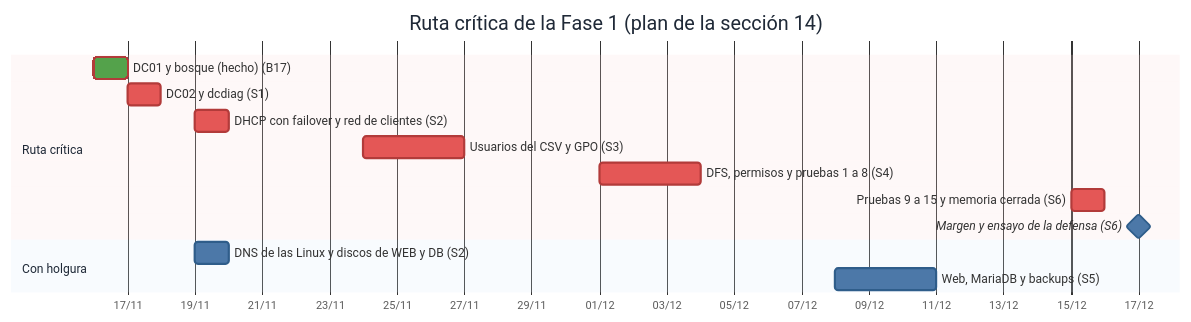
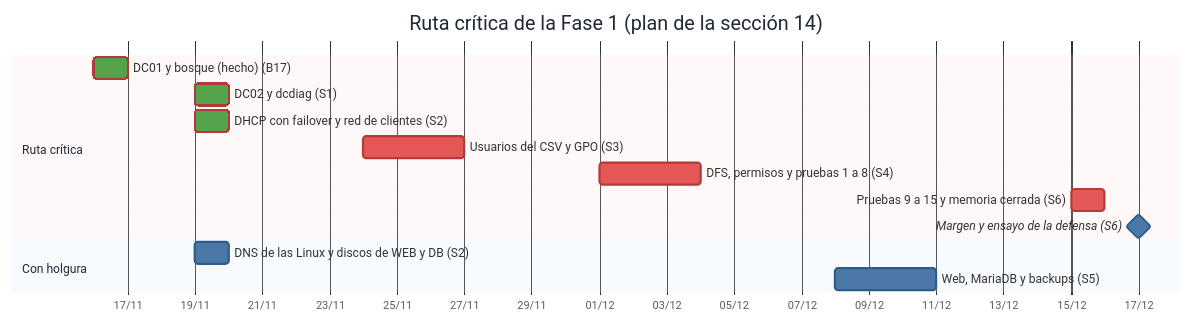
Before and after one commit to alex-gutierrezz/Proyecto-Intermodular-Berta-Sipek-Alex-Gutierrez: the second of 2 diagrams in docs/memoria-fase1.md, drawn with Mermaid. The commit also changed other lines of this file, not shown here.

Commit message:
docs: memoria de la Fase 1 con las sesiones del 17/11 y 19/11

````diff
--- a/docs/memoria-fase1.md
+++ b/docs/memoria-fase1.md
@@ -149,18 +153,18 @@
 ```mermaid
 %%{init: {'theme': 'base', 'themeVariables': {'taskBkgColor': '#4c78a8', 'taskBorderColor': '#2f5d8a', 'taskTextLightColor': '#ffffff', 'taskTextColor': '#ffffff', 'taskTextOutsideColor': '#333333', 'doneTaskBkgColor': '#54a24b', 'doneTaskBorderColor': '#3b7a34', 'taskTextDarkColor': '#ffffff', 'critBkgColor': '#e45756', 'critBorderColor': '#b23b3a', 'sectionBkgColor': '#f9dcdc', 'altSectionBkgColor': '#dbe9f7', 'sectionBkgColor2': '#f9dcdc', 'titleColor': '#1f2937'}}}%%
 gantt
     title Ruta crítica de la Fase 1 (plan de la sección 14)
     dateFormat YYYY-MM-DD
     axisFormat %d/%m
     section Ruta crítica
     DC01 y bosque (hecho) (B17)            :done, crit, a1, 2026-11-16, 1d
-    DC02 y dcdiag (S1)                    :crit, a2, 2026-11-17, 2026-11-18
-    DHCP con failover y red de clientes (S2) :crit, a3, 2026-11-19, 2026-11-20
+    DC02 y dcdiag (S1)                    :done, crit, a2, 2026-11-19, 1d
+    DHCP con failover y red de clientes (S2) :done, crit, a3, 2026-11-19, 1d
     Usuarios del CSV y GPO (S3)⠀⠀⠀⠀⠀⠀           :crit, a4, 2026-11-24, 2026-11-27
     DFS, permisos y pruebas 1 a 8 (S4)⠀⠀⠀⠀⠀⠀    :crit, a5, 2026-12-01, 2026-12-04
     Pruebas 9 a 15 y memoria cerrada (S6) :crit, a6, 2026-12-15, 1d
     Margen y ensayo de la defensa (S6)    :milestone, a7, 2026-12-17, 0d
     section Con holgura
     DNS de las Linux y discos de WEB y DB (S2) :b1, 2026-11-19, 2026-11-20
     Web, MariaDB y backups (S5)⠀⠀⠀⠀⠀⠀           :b2, 2026-12-08, 2026-12-11
 ```
````
